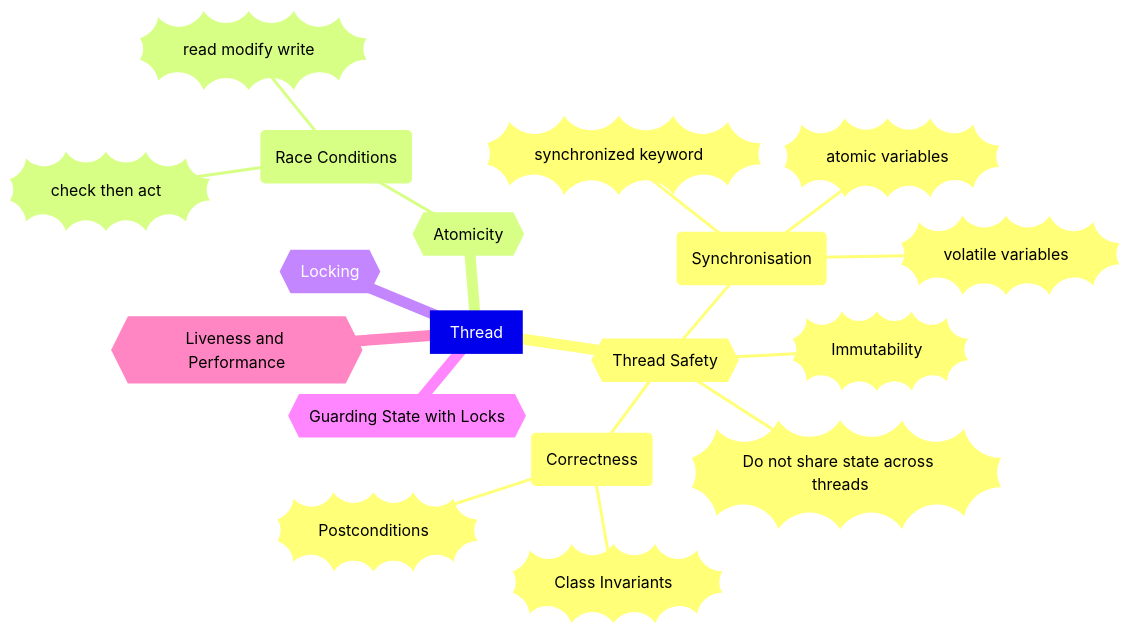
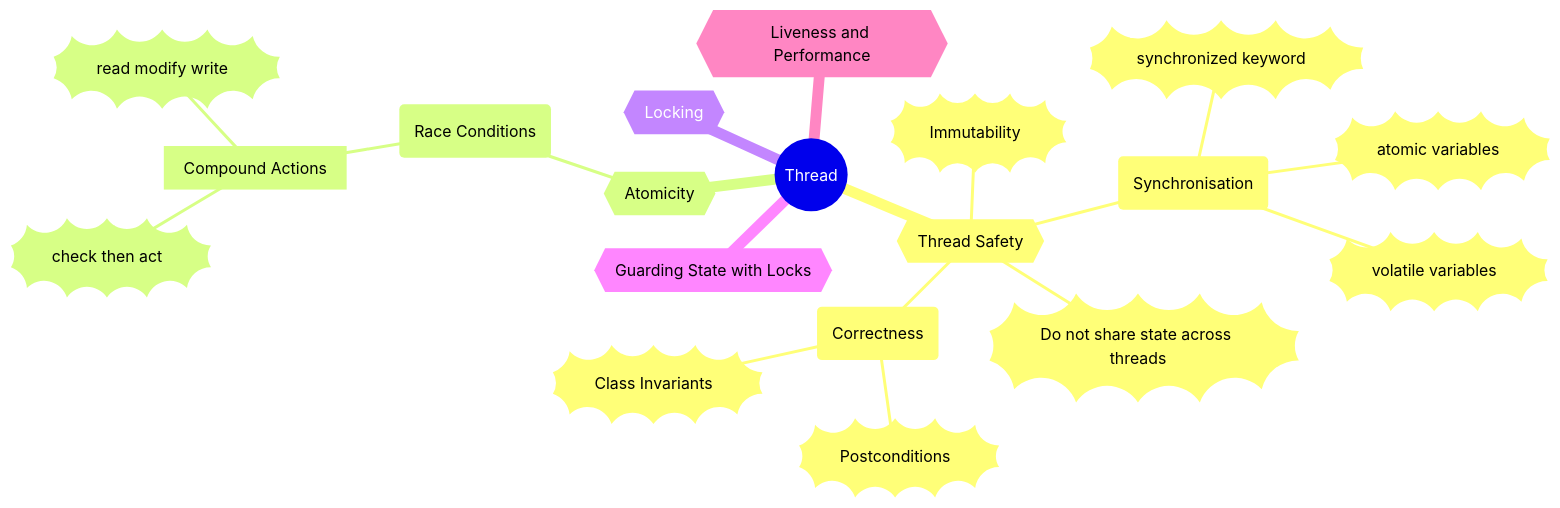
One commit to willdom-kahari/blog changed the diagram in Writerside/topics/Notes.md. Above: the diagram before and after it, drawn with Mermaid. The commit also changed 1 other file, not shown here.

Commit message:
FEAT: mind map to the multithreading concepts

````diff
--- a/Writerside/topics/Notes.md
+++ b/Writerside/topics/Notes.md
@@ -3,21 +3,22 @@
 ```mermaid
 mindmap
-    root[Thread]
+    root((Thread))
         id{{Thread Safety}}
             id(Synchronisation)
                 id))synchronized keyword((
                 id))atomic variables((
                 id))volatile variables((
             id))Immutability((
             id))Do not share state across threads((
             id(Correctness)
                 id))Class Invariants((
                 id))Postconditions((
         id{{Atomicity}}
             id(Race Conditions)
-                id))check then act((
-                id))read modify write((
+                id[Compound Actions]
+                    id))check then act((
+                    id))read modify write((
         id{{Locking}}
         id{{Guarding State with Locks}}
         id{{Liveness and Performance}}
 ```
````
